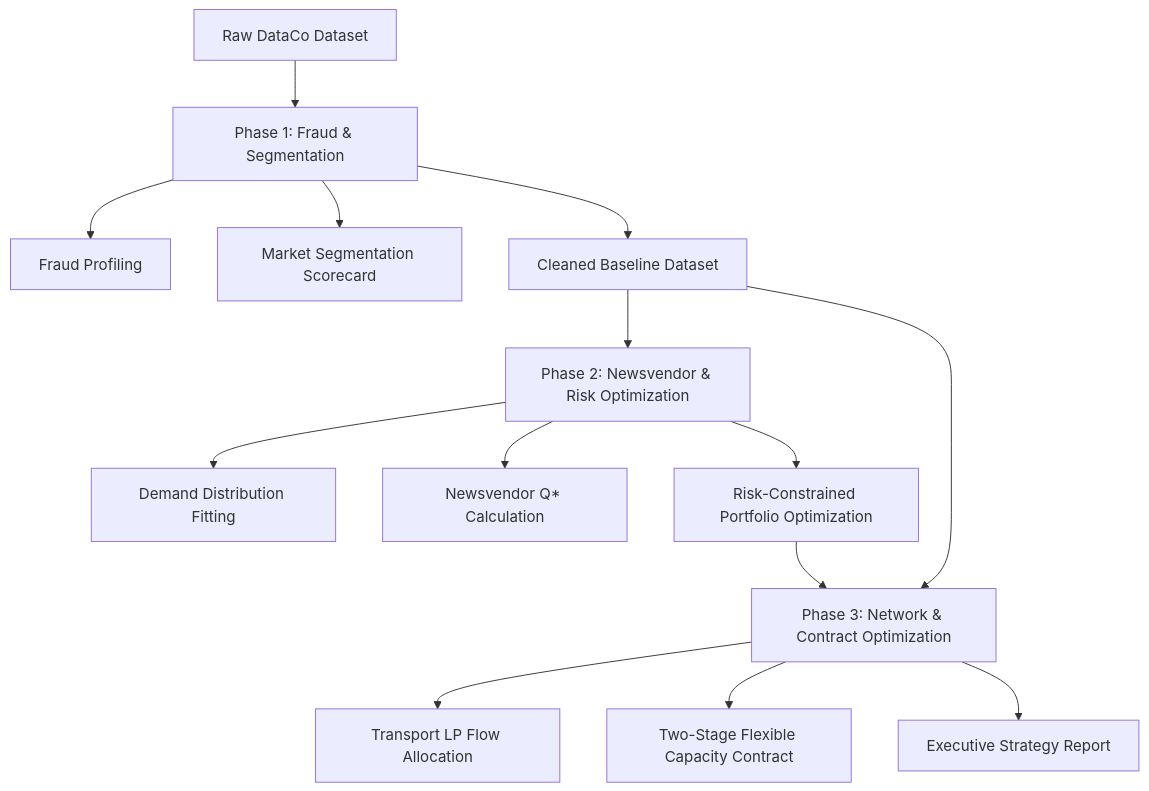
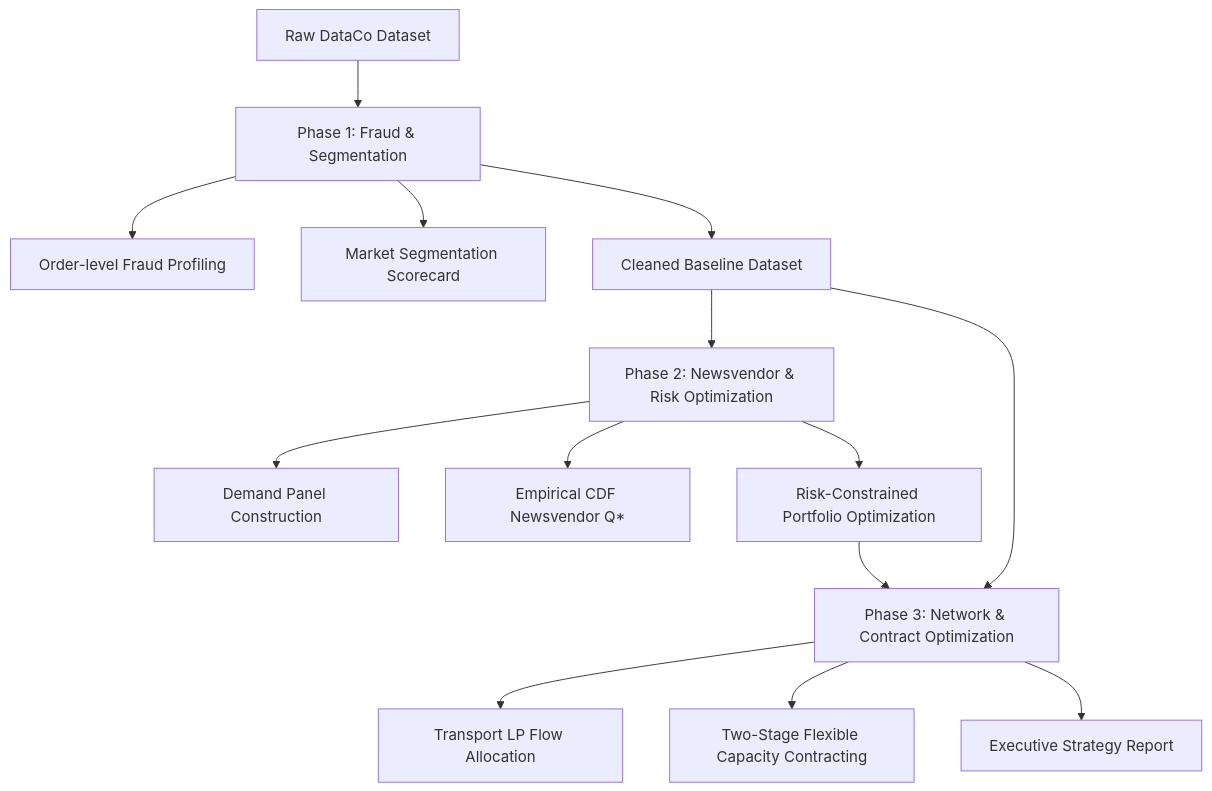
Before and after one commit to huytk16/DataCo-SMART-SUPPLY-CHAIN-FOR-BIG-DATA-ANALYSIS: the diagram in README.md, drawn with Mermaid. The commit also changed other lines of this file, not shown here.

````diff
--- a/README.md
+++ b/README.md
@@ -16,17 +32,17 @@
 ```mermaid
 graph TD
     A[Raw DataCo Dataset] --> B[Phase 1: Fraud & Segmentation]
-    B --> B1[Fraud Profiling]
+    B --> B1[Order-level Fraud Profiling]
     B --> B2[Market Segmentation Scorecard]
     B --> C[Cleaned Baseline Dataset]
     
     C --> D[Phase 2: Newsvendor & Risk Optimization]
-    D --> D1[Demand Distribution Fitting]
-    D --> D2[Newsvendor Q* Calculation]
+    D --> D1[Demand Panel Construction]
+    D --> D2[Empirical CDF Newsvendor Q*]
     D --> D3[Risk-Constrained Portfolio Optimization]
     
     C & D3 --> E[Phase 3: Network & Contract Optimization]
     E --> E1[Transport LP Flow Allocation]
-    E --> E2[Two-Stage Flexible Capacity Contract]
+    E --> E2[Two-Stage Flexible Capacity Contracting]
     E --> F[Executive Strategy Report]
 ```
````
